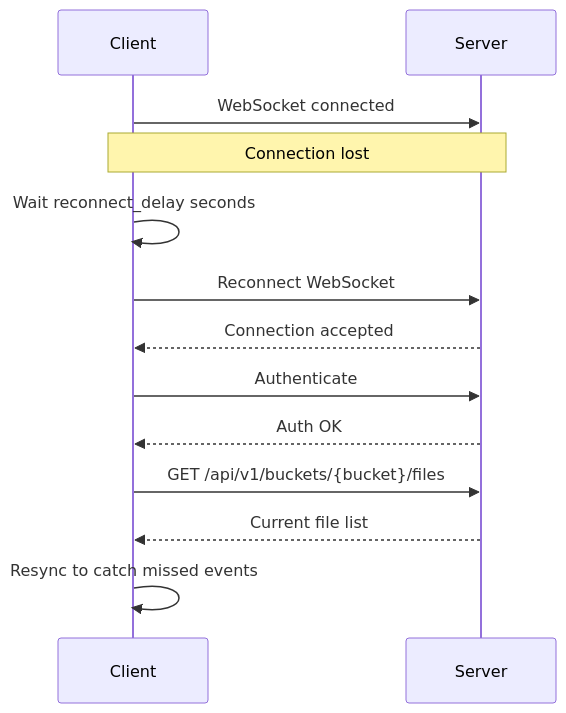
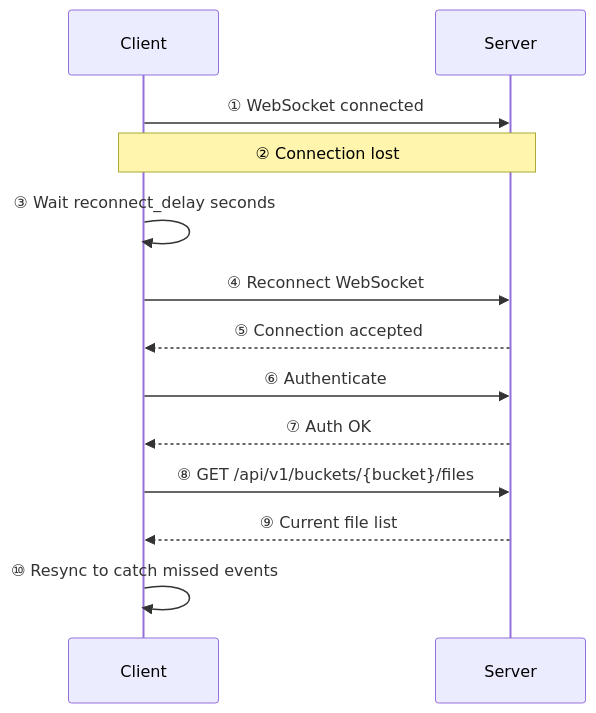
One commit to albertsdk/hsync-server changed the seventh of 7 diagrams in docs/sync-flow.md. Above: the diagram before and after it, drawn with Mermaid. The commit also changed other lines of this file and 17 other files, not shown here.

First line of the commit message:
Add numbered phases to documentation diagrams

````diff
--- a/docs/sync-flow.md
+++ b/docs/sync-flow.md
@@ -170,18 +170,18 @@
 ```mermaid
 sequenceDiagram
     participant C as Client
     participant S as Server
 
-    C->>S: WebSocket connected
-    Note over C,S: Connection lost
+    C->>S: ① WebSocket connected
+    Note over C,S: ② Connection lost
 
-    C->>C: Wait reconnect_delay seconds
-    C->>S: Reconnect WebSocket
-    S-->>C: Connection accepted
-    C->>S: Authenticate
-    S-->>C: Auth OK
+    C->>C: ③ Wait reconnect_delay seconds
+    C->>S: ④ Reconnect WebSocket
+    S-->>C: ⑤ Connection accepted
+    C->>S: ⑥ Authenticate
+    S-->>C: ⑦ Auth OK
 
-    C->>S: GET /api/v1/buckets/{bucket}/files
-    S-->>C: Current file list
-    C->>C: Resync to catch missed events
+    C->>S: ⑧ GET /api/v1/buckets/{bucket}/files
+    S-->>C: ⑨ Current file list
+    C->>C: ⑩ Resync to catch missed events
 ```
````
